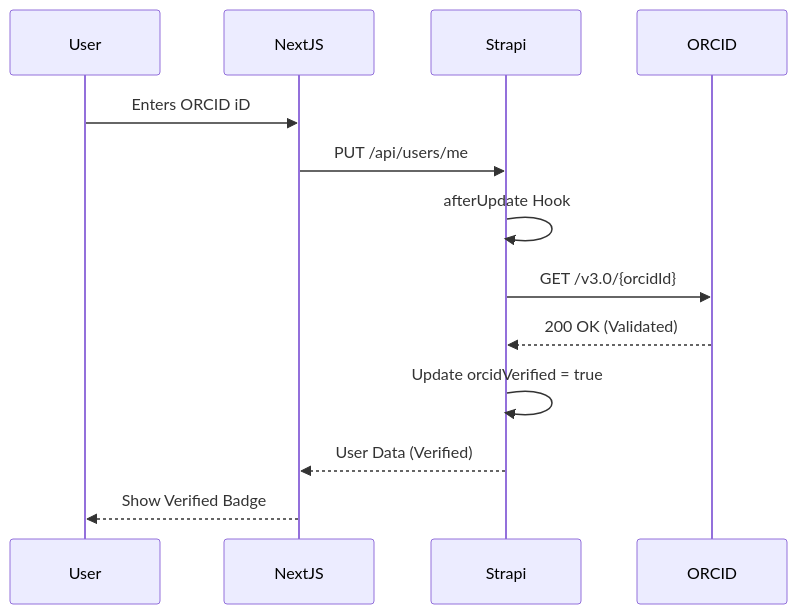
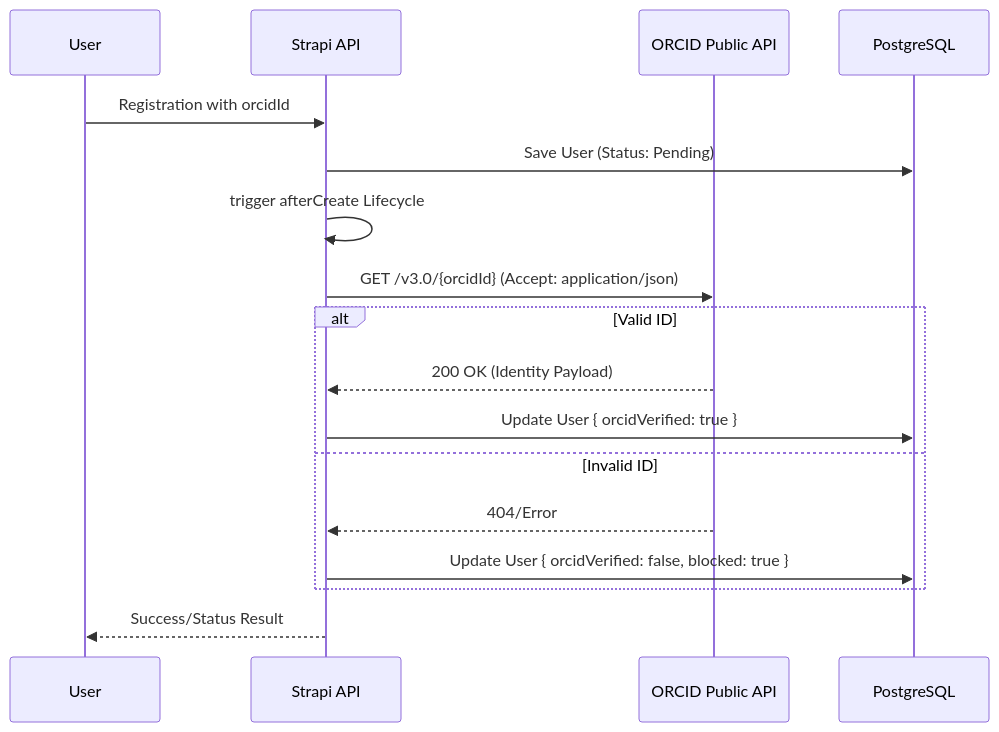
One commit to akvo/science-for-africa changed the first of 2 diagrams in docs/science-of-africa-lld.md. Above: the diagram before and after it, drawn with Mermaid. The commit also changed other lines of this file, not shown here.

````diff
--- a/docs/science-of-africa-lld.md
+++ b/docs/science-of-africa-lld.md
@@ -104,16 +66,20 @@
 ```mermaid
 sequenceDiagram
-    participant User
-    participant NextJS
-    participant Strapi
-    participant ORCID
+    participant U as User
+    participant S as Strapi API
+    participant OA as ORCID Public API
+    participant DB as PostgreSQL
     
-    User->>NextJS: Enters ORCID iD
-    NextJS->>Strapi: PUT /api/users/me
-    Strapi->>Strapi: afterUpdate Hook
-    Strapi->>ORCID: GET /v3.0/{orcidId}
-    ORCID-->>Strapi: 200 OK (Validated)
-    Strapi->>Strapi: Update orcidVerified = true
-    Strapi-->>NextJS: User Data (Verified)
-    NextJS-->>User: Show Verified Badge
+    U->>S: Registration with orcidId
+    S->>DB: Save User (Status: Pending)
+    S->>S: trigger afterCreate Lifecycle
+    S->>OA: GET /v3.0/{orcidId} (Accept: application/json)
+    alt Valid ID
+        OA-->>S: 200 OK (Identity Payload)
+        S->>DB: Update User { orcidVerified: true }
+    else Invalid ID
+        OA-->>S: 404/Error
+        S->>DB: Update User { orcidVerified: false, blocked: true }
+    end
+    S-->>U: Success/Status Result
 ```
````
